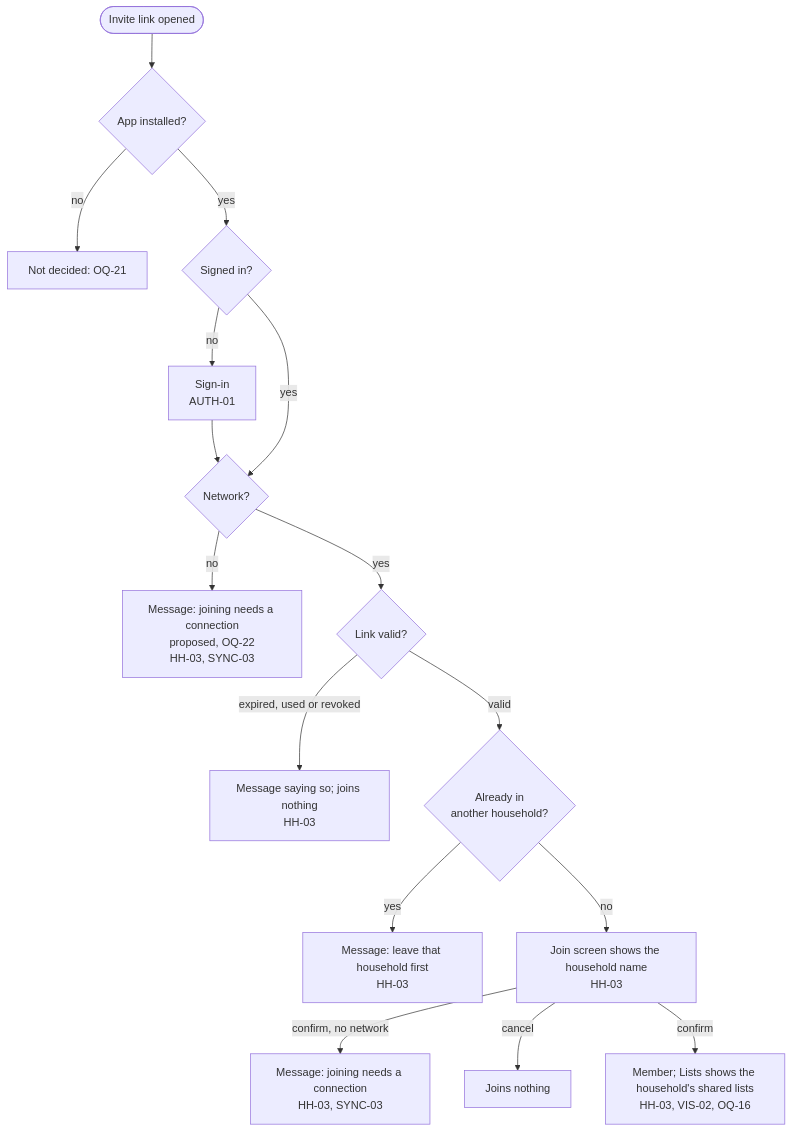
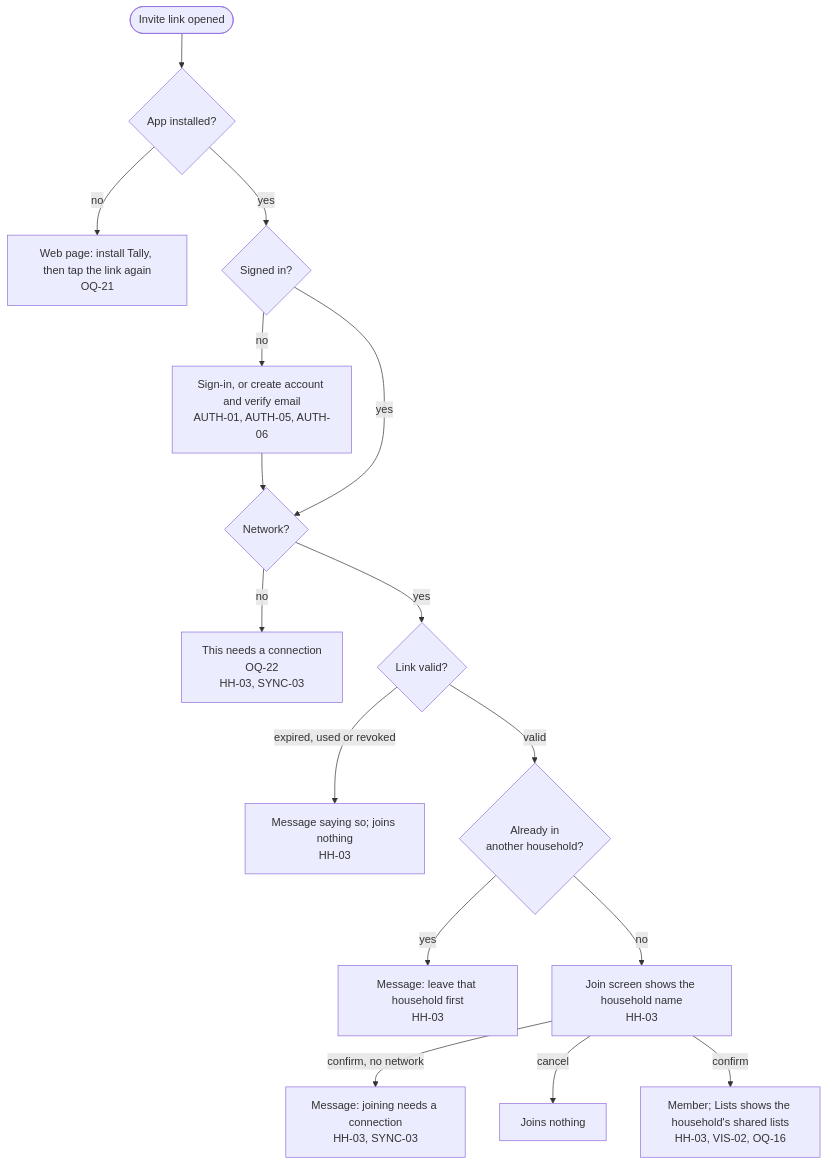
One commit to bondo/listicles2 changed the fifth of 11 diagrams in docs/product/flow.md. Above: the diagram before and after it, drawn with Mermaid. The commit also changed other lines of this file and 1 other file, not shown here.

````diff
--- a/docs/product/flow.md
+++ b/docs/product/flow.md
@@ -105,17 +141,17 @@
 ```mermaid
 flowchart TD
     tap(["Invite link opened"]) --> installed{"App installed?"}
-    installed -- "no" --> store["Not decided: OQ-21"]
+    installed -- "no" --> store["Web page: install Tally, then tap the link again<br>OQ-21"]
     installed -- "yes" --> auth{"Signed in?"}
-    auth -- "no" --> si["Sign-in<br>AUTH-01"] --> net
+    auth -- "no" --> si["Sign-in, or create account and verify email<br>AUTH-01, AUTH-05, AUTH-06"] --> net
     auth -- "yes" --> net{"Network?"}
-    net -- "no" --> onet["Message: joining needs a connection<br>proposed, OQ-22<br>HH-03, SYNC-03"]
+    net -- "no" --> onet["This needs a connection<br>OQ-22<br>HH-03, SYNC-03"]
     net -- "yes" --> check{"Link valid?"}
     check -- "expired, used or revoked" --> bad["Message saying so; joins nothing<br>HH-03"]
     check -- "valid" --> other{"Already in<br>another household?"}
     other -- "yes" --> leavefirst["Message: leave that household first<br>HH-03"]
     other -- "no" --> joinscr["Join screen shows the household name<br>HH-03"]
     joinscr -- "confirm, no network" --> jnet["Message: joining needs a connection<br>HH-03, SYNC-03"]
     joinscr -- "cancel" --> nojoin["Joins nothing"]
     joinscr -- "confirm" --> member["Member; Lists shows the household's shared lists<br>HH-03, VIS-02, OQ-16"]
 ```
````
